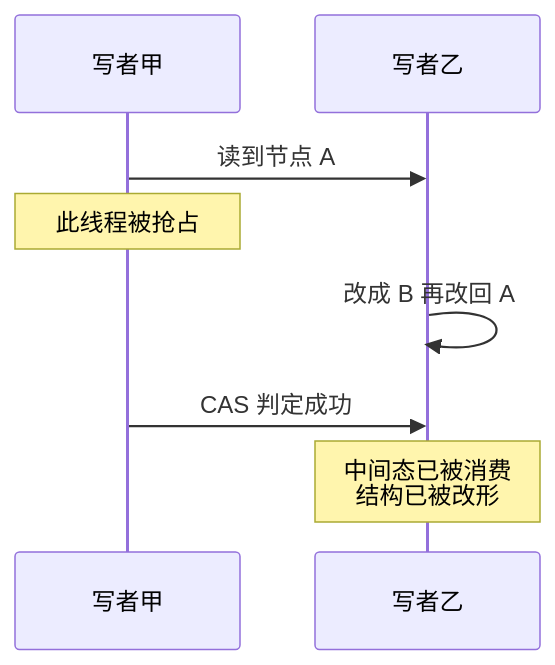
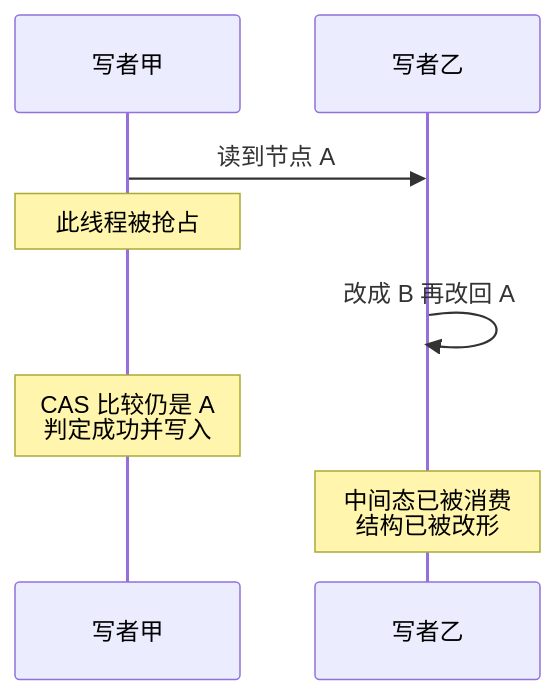
Before and after one commit to hub138/technical-knowledge: the first of 3 diagrams in vault/工程知识/性能工程：从用户等待到资源瓶颈/处理器与内存/无锁数据结构的证据门槛：CAS与内存序.md, drawn with Mermaid. The commit also changed other lines of this file and 3 other files, not shown here.

Commit message:
配图：第二批 10 篇插图（1 篇 Istio 官方架构图＋9 篇自绘），截图验收与审计全过

````diff
--- a/vault/工程知识/性能工程：从用户等待到资源瓶颈/处理器与内存/无锁数据结构的证据门槛：CAS与内存序.md
+++ b/vault/工程知识/性能工程：从用户等待到资源瓶颈/处理器与内存/无锁数据结构的证据门槛：CAS与内存序.md
@@ -31,10 +31,10 @@
 ```mermaid
 sequenceDiagram
     participant A as 写者甲
     participant B as 写者乙
     A->>B: 读到节点 A
     Note over A: 此线程被抢占
     B->>B: 改成 B 再改回 A
-    A->>B: CAS 判定成功
+    Note over A: CAS 比较仍是 A<br/>判定成功并写入
     Note over B: 中间态已被消费<br/>结构已被改形
 ```
````
